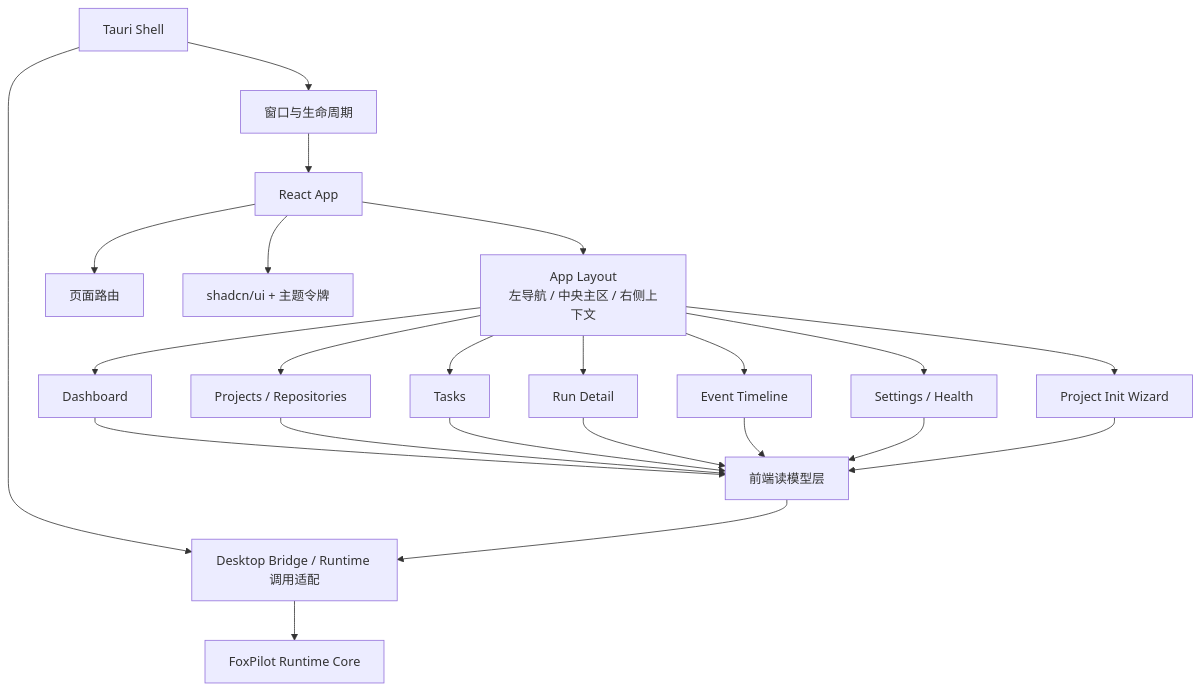
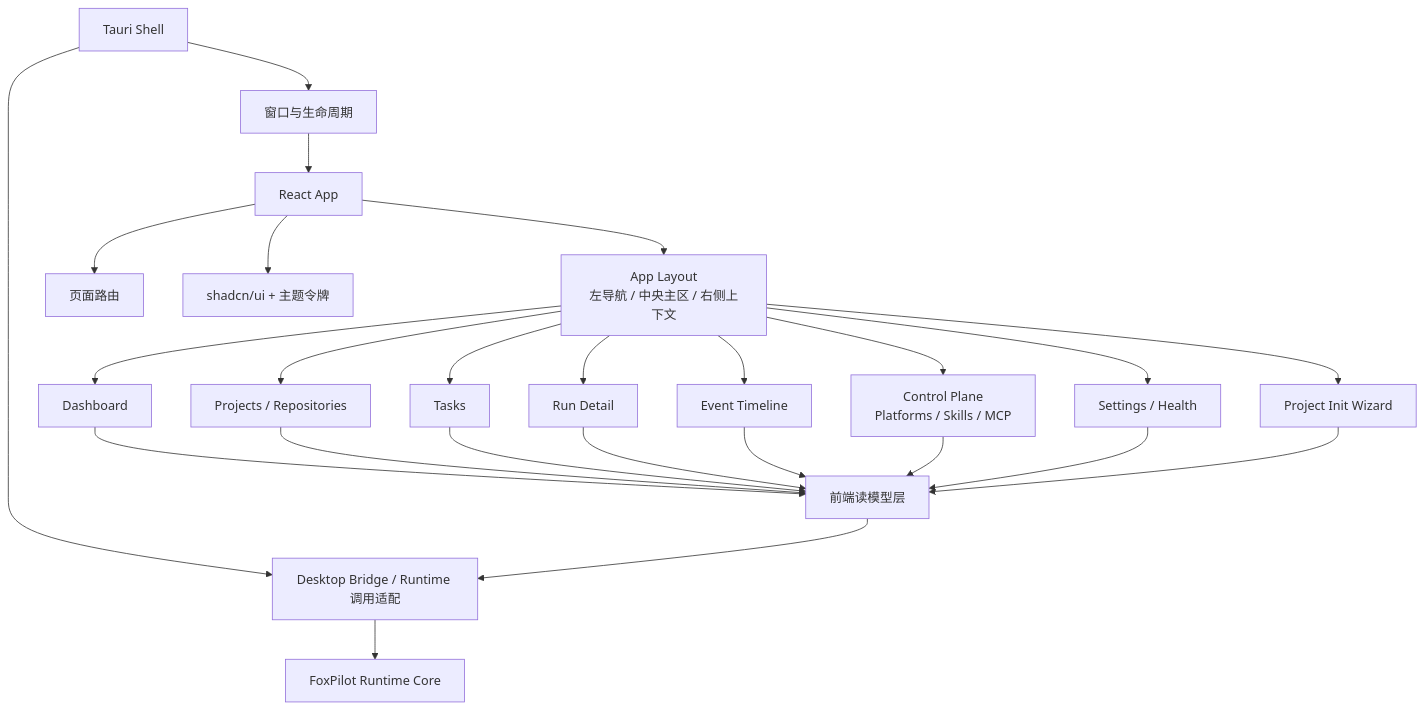
One commit to MichealJou/FoxPoilt changed the diagram in docs/specs/foxpilot-phase2-desktop-module-diagram.md. Above: the diagram before and after it, drawn with Mermaid. The commit also changed other lines of this file and 9 other files, not shown here.

Commit message:
docs: expand phase 2 control plane design

````diff
--- a/docs/specs/foxpilot-phase2-desktop-module-diagram.md
+++ b/docs/specs/foxpilot-phase2-desktop-module-diagram.md
@@ -13,29 +13,31 @@
 ```mermaid
 flowchart TD
   Shell["Tauri Shell"] --> Window["窗口与生命周期"]
   Shell --> Bridge["Desktop Bridge / Runtime 调用适配"]
 
   Window --> App["React App"]
   App --> Layout["App Layout<br/>左导航 / 中央主区 / 右侧上下文"]
   App --> Router["页面路由"]
   App --> Theme["shadcn/ui + 主题令牌"]
 
   Layout --> Dashboard["Dashboard"]
   Layout --> Projects["Projects / Repositories"]
   Layout --> Tasks["Tasks"]
   Layout --> Runs["Run Detail"]
   Layout --> Events["Event Timeline"]
+  Layout --> Control["Control Plane<br/>Platforms / Skills / MCP"]
   Layout --> Settings["Settings / Health"]
   Layout --> Wizard["Project Init Wizard"]
 
   Dashboard --> ReadModel["前端读模型层"]
   Projects --> ReadModel
   Tasks --> ReadModel
   Runs --> ReadModel
   Events --> ReadModel
+  Control --> ReadModel
   Settings --> ReadModel
   Wizard --> ReadModel
 
   ReadModel --> Bridge
   Bridge --> Runtime["FoxPilot Runtime Core"]
 ```
````
